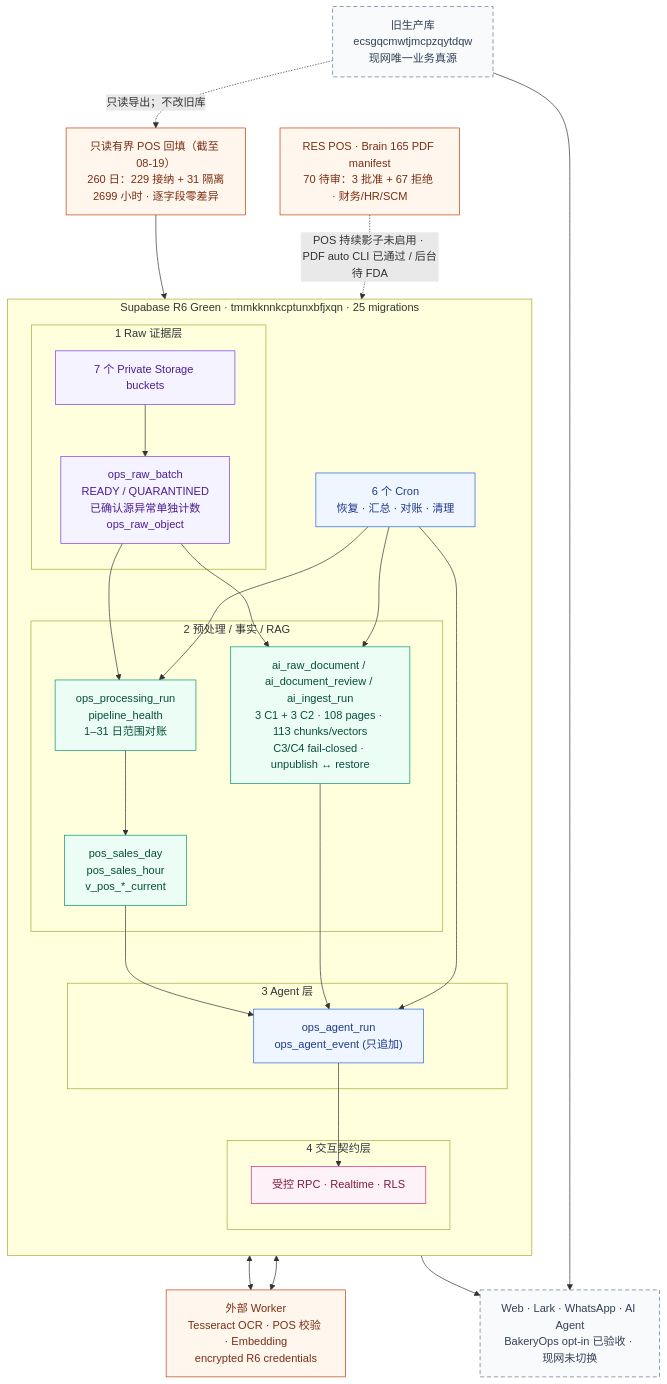
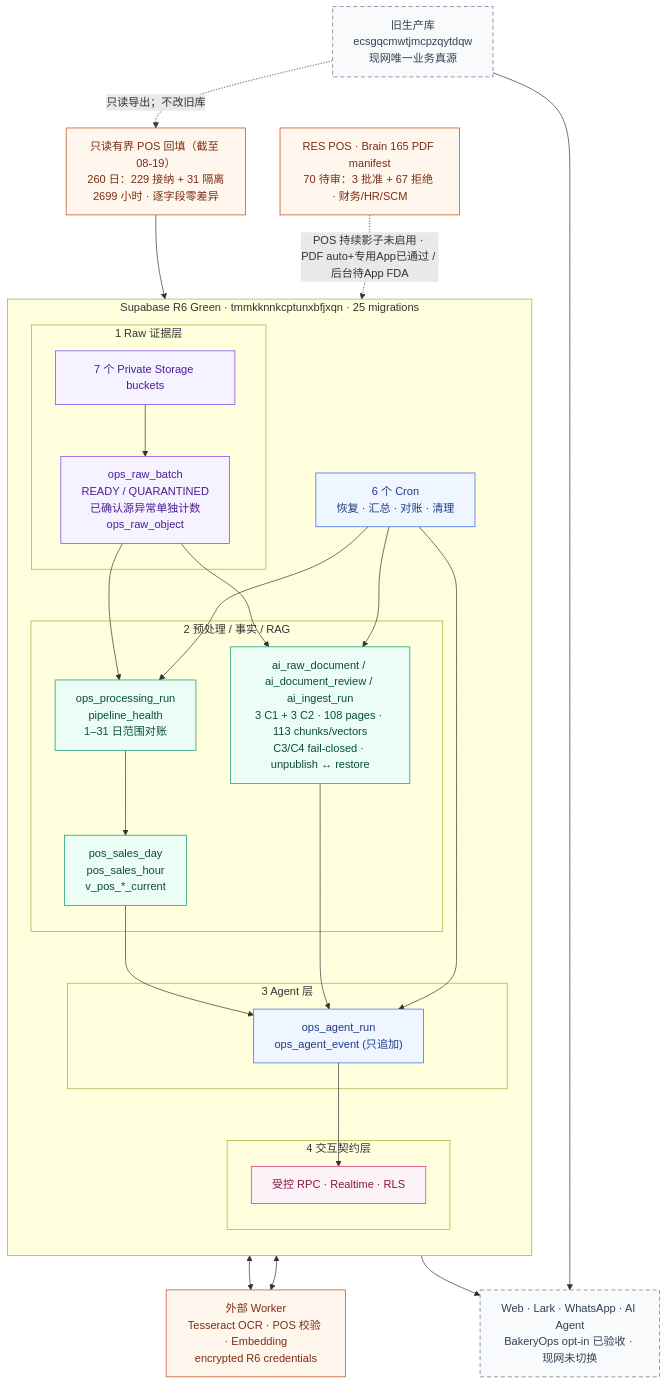
Before and after one commit to AlgerSSS/bakery-ops: the diagram in docs/database/diagrams/hotcrush-r6-green-blueprint.mmd, drawn with Mermaid. The commit also changed 16 other files, not shown here.

```diff
--- a/docs/database/diagrams/hotcrush-r6-green-blueprint.mmd
+++ b/docs/database/diagrams/hotcrush-r6-green-blueprint.mmd
@@ -1,49 +1,49 @@
 flowchart TB
   classDef source fill:#fff7ed,stroke:#c2410c,color:#7c2d12
   classDef raw fill:#f5f3ff,stroke:#7c3aed,color:#4c1d95
   classDef processed fill:#ecfdf5,stroke:#059669,color:#064e3b
   classDef agent fill:#eff6ff,stroke:#2563eb,color:#1e3a8a
   classDef ui fill:#fdf2f8,stroke:#db2777,color:#831843
   classDef frozen fill:#f8fafc,stroke:#64748b,color:#334155,stroke-dasharray: 6 4
 
   OLD["旧生产库<br/>ecsgqcmwtjmcpzqytdqw<br/>现网唯一业务真源"]:::frozen
   BACKFILL["只读有界 POS 回填（截至 08-19）<br/>260 日：229 接纳 + 31 隔离<br/>2699 小时 · 逐字段零差异"]:::source
   SOURCES["RES POS · Brain 165 PDF manifest<br/>70 待审：3 批准 + 67 拒绝 · 财务/HR/SCM"]:::source
 
   subgraph R6["Supabase R6 Green · tmmkknnkcptunxbfjxqn · 25 migrations"]
     direction TB
     subgraph L1["1  Raw 证据层"]
       STORAGE["7 个 Private Storage buckets"]:::raw
       RAW["ops_raw_batch<br/>READY / QUARANTINED<br/>已确认源异常单独计数<br/>ops_raw_object"]:::raw
     end
     subgraph L2["2  预处理 / 事实 / RAG"]
       RUN["ops_processing_run<br/>pipeline_health<br/>1–31 日范围对账"]:::processed
       POS["pos_sales_day<br/>pos_sales_hour<br/>v_pos_*_current"]:::processed
       RAG["ai_raw_document / ai_document_review / ai_ingest_run<br/>3 C1 + 3 C2 · 108 pages · 113 chunks/vectors<br/>C3/C4 fail-closed · unpublish ↔ restore"]:::processed
     end
     subgraph L3["3  Agent 层"]
       AGENT["ops_agent_run<br/>ops_agent_event (只追加)"]:::agent
     end
     subgraph L4["4  交互契约层"]
       API["受控 RPC · Realtime · RLS"]:::ui
     end
     CRON["6 个 Cron<br/>恢复 · 汇总 · 对账 · 清理"]:::agent
   end
 
   WORKER["外部 Worker<br/>Tesseract OCR · POS 校验 · Embedding<br/>encrypted R6 credentials"]:::source
   USERS["Web · Lark · WhatsApp · AI Agent<br/>BakeryOps opt-in 已验收 · 现网未切换"]:::frozen
 
-  SOURCES -. "POS 持续影子未启用 · PDF auto CLI 已通过 / 后台待 FDA" .-> STORAGE
+  SOURCES -. "POS 持续影子未启用 · PDF auto+专用App已通过 / 后台待App FDA" .-> STORAGE
   OLD -. "只读导出；不改旧库" .-> BACKFILL --> STORAGE
   STORAGE --> RAW --> RUN
   RUN <--> WORKER
   RUN --> POS
   RAW --> RAG
   RAG <--> WORKER
   POS --> AGENT
   RAG --> AGENT
   AGENT --> API --> USERS
   CRON --> RUN
   CRON --> RAG
   CRON --> AGENT
   OLD --> USERS
```
